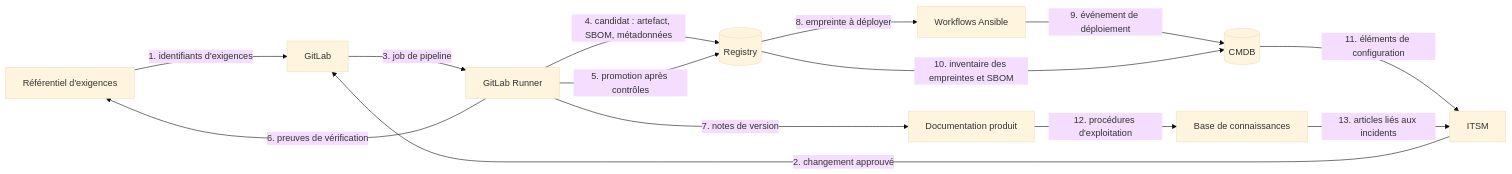
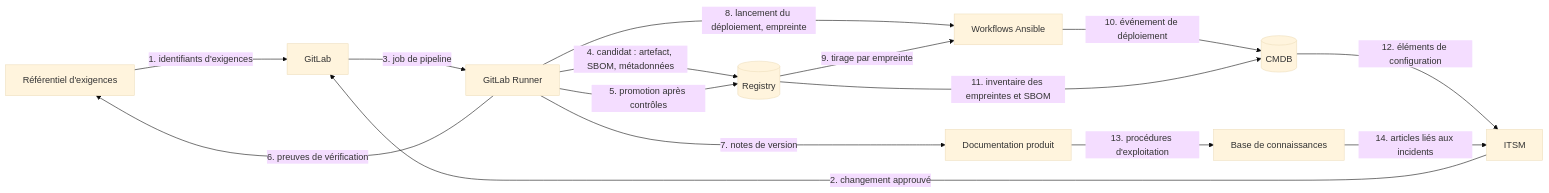
One commit to logo-solutions/factice changed the first of 3 diagrams in Docs/1-fondations/flux-outils.md. Above: the diagram before and after it, drawn with Mermaid (base theme). The commit also changed other lines of this file, not shown here.

First line of the commit message:
docs(flux-outils): ajouter le déclenchement d'Ansible par le job de déploiement du Runner

````diff
--- a/Docs/1-fondations/flux-outils.md
+++ b/Docs/1-fondations/flux-outils.md
@@ -23,26 +23,27 @@
 ```mermaid
 flowchart LR
     REQ["Référentiel d'exigences"]
     ITSM["ITSM"]
     GL["GitLab"]
     RUN["GitLab Runner"]
     REG[("Registry")]
     ANS["Workflows Ansible"]
     CMDB[("CMDB")]
     DOC["Documentation produit"]
     KB["Base de connaissances"]
 
     REQ -->|"1. identifiants d'exigences"| GL
     ITSM -->|"2. changement approuvé"| GL
     GL -->|"3. job de pipeline"| RUN
     RUN -->|"4. candidat : artefact, SBOM, métadonnées"| REG
     RUN -->|"5. promotion après contrôles"| REG
     RUN -->|"6. preuves de vérification"| REQ
     RUN -->|"7. notes de version"| DOC
-    REG -->|"8. empreinte à déployer"| ANS
-    ANS -->|"9. événement de déploiement"| CMDB
-    REG -->|"10. inventaire des empreintes et SBOM"| CMDB
-    CMDB -->|"11. éléments de configuration"| ITSM
-    DOC -->|"12. procédures d'exploitation"| KB
-    KB -->|"13. articles liés aux incidents"| ITSM
+    RUN -->|"8. lancement du déploiement, empreinte"| ANS
+    REG -->|"9. tirage par empreinte"| ANS
+    ANS -->|"10. événement de déploiement"| CMDB
+    REG -->|"11. inventaire des empreintes et SBOM"| CMDB
+    CMDB -->|"12. éléments de configuration"| ITSM
+    DOC -->|"13. procédures d'exploitation"| KB
+    KB -->|"14. articles liés aux incidents"| ITSM
 ```
````
